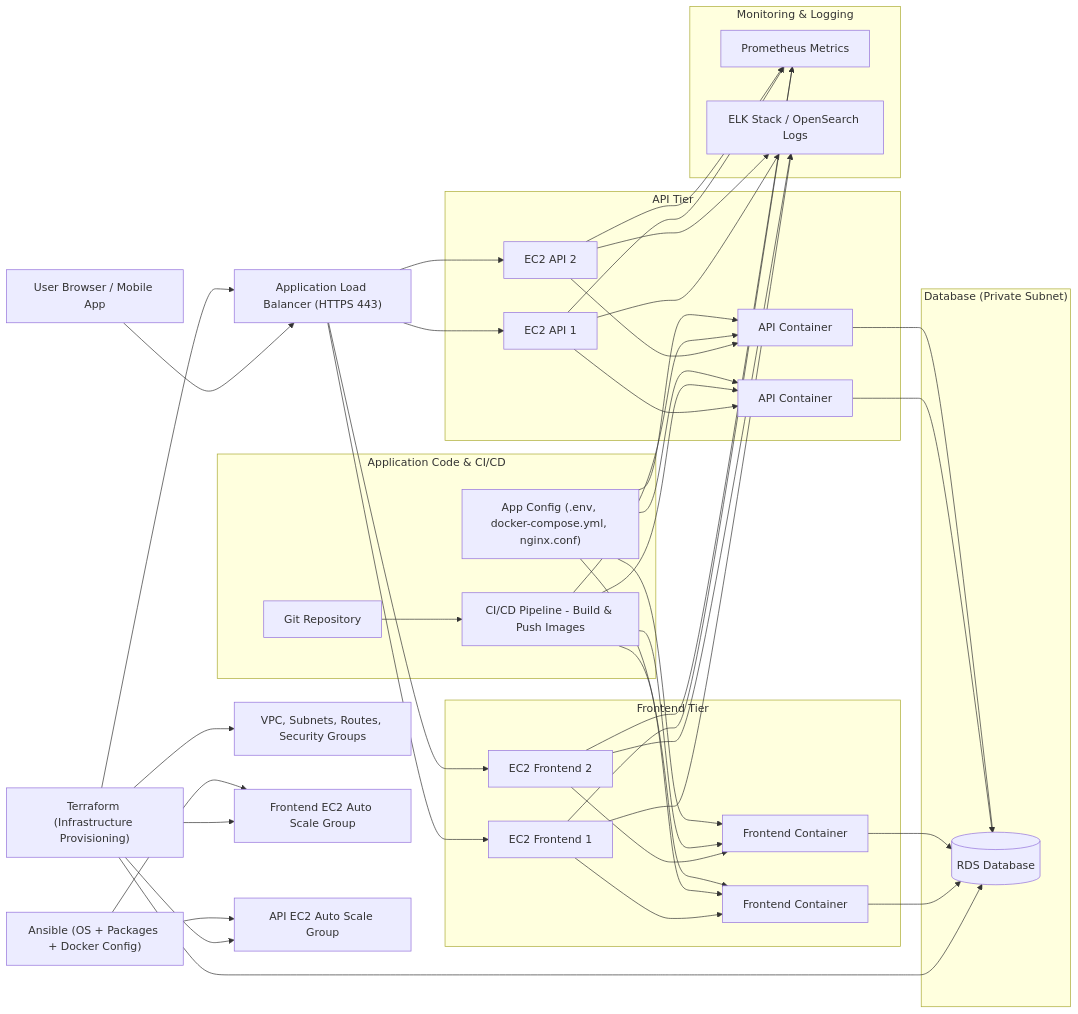
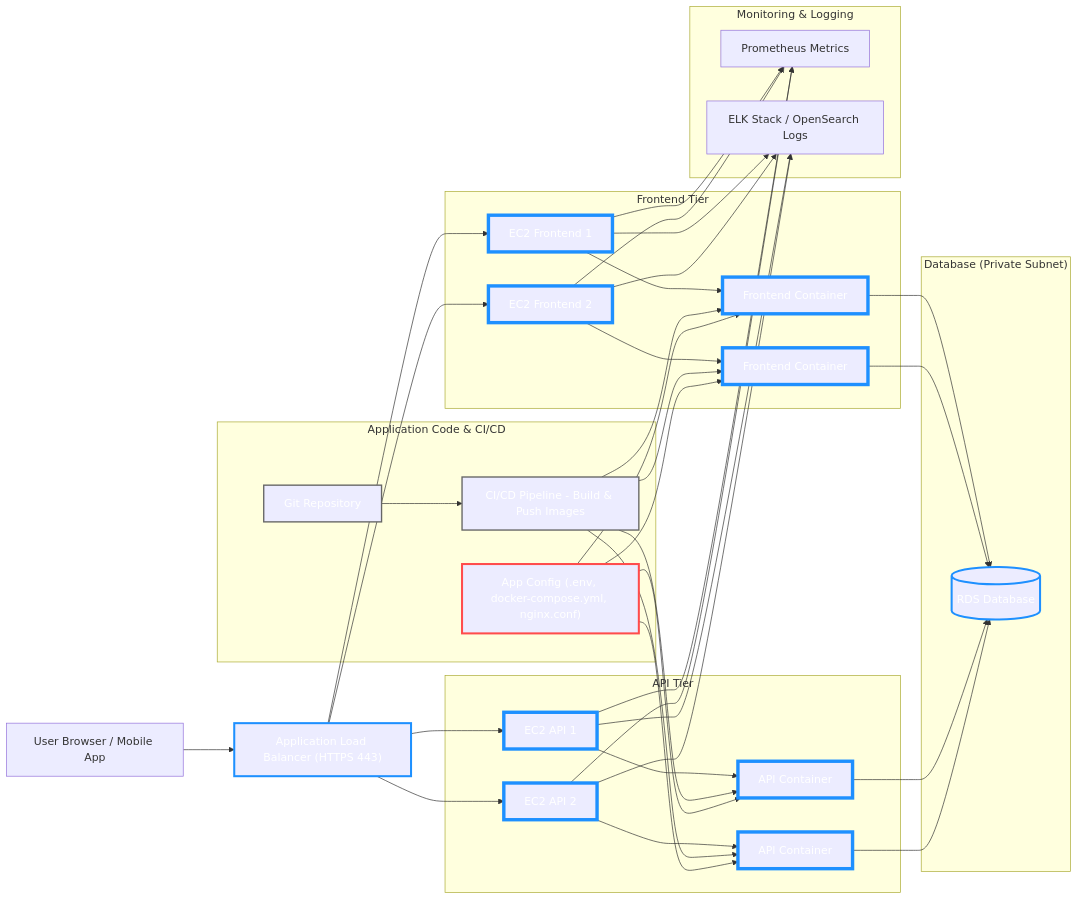
One commit to uploadtigris/project_CloudChef changed the diagram in README.md. Above: the diagram before and after it, drawn with Mermaid.

Commit message:
Refactor Mermaid diagram comments for clarity

````diff
--- a/README.md
+++ b/README.md
@@ -44,33 +44,14 @@
 ```mermaid
 graph LR
 
-    %% ─────────────────────────────────────
+    %% ============================================================
     %% Client Layer
-    %% ─────────────────────────────────────
+    %% ============================================================
     Client[User Browser / Mobile App] --> ALB["Application Load Balancer (HTTPS 443)"]
 
-    %% ─────────────────────────────────────
-    %% Terraform Layer (Infra Provisioning)
-    %% ─────────────────────────────────────
-    Terraform["Terraform (Infrastructure Provisioning)"]
-
-    Terraform --> ALB
-    Terraform --> VPC[VPC, Subnets, Routes, Security Groups]
-    Terraform --> RDS[(RDS Database)]
-    Terraform --> FTG["Frontend EC2 Auto Scale Group"]
-    Terraform --> APITG["API EC2 Auto Scale Group"]
-
-    %% ─────────────────────────────────────
-    %% Ansible Layer (Host Configuration)
-    %% ─────────────────────────────────────
-    Ansible["Ansible (OS + Packages + Docker Config)"]
-
-    Ansible --> FTG
-    Ansible --> APITG
-
-    %% ─────────────────────────────────────
-    %% Frontend Tier
-    %% ─────────────────────────────────────
+    %% ============================================================
+    %% Frontend Tier (Terraform + Ansible)
+    %% ============================================================
     subgraph "Frontend Tier"
         FTG1[EC2 Frontend 1]
         FTG2[EC2 Frontend 2]
@@ -84,9 +65,9 @@
     FTG1 --> Web1
     FTG2 --> Web2
 
-    %% ─────────────────────────────────────
-    %% API Tier
-    %% ─────────────────────────────────────
+    %% ============================================================
+    %% API Tier (Terraform + Ansible)
+    %% ============================================================
     subgraph "API Tier"
         APITG1[EC2 API 1]
         APITG2[EC2 API 2]
@@ -100,11 +81,11 @@
     APITG1 --> API1
     APITG2 --> API2
 
-    %% ─────────────────────────────────────
-    %% Database Tier
-    %% ─────────────────────────────────────
+    %% ============================================================
+    %% Database (Terraform Only)
+    %% ============================================================
     subgraph "Database (Private Subnet)"
-        RDS
+        RDS[(RDS Database)]
     end
 
     Web1 --> RDS
@@ -112,9 +93,9 @@
     API1 --> RDS
     API2 --> RDS
 
-    %% ─────────────────────────────────────
-    %% CICD Layer (App Build & Deployment)
-    %% ─────────────────────────────────────
+    %% ============================================================
+    %% CICD Layer (App Deployment Only)
+    %% ============================================================
     subgraph "Application Code & CI/CD"
         Git[Git Repository]
         Pipeline[CI/CD Pipeline - Build & Push Images]
@@ -132,9 +113,9 @@
     AppConfig --> API1
     AppConfig --> API2
 
-    %% ─────────────────────────────────────
+    %% ============================================================
     %% Monitoring Layer
-    %% ─────────────────────────────────────
+    %% ============================================================
     subgraph "Monitoring & Logging"
         Prometheus[Prometheus Metrics]
         ELK[ELK Stack / OpenSearch Logs]
@@ -149,4 +130,38 @@
     FTG2 --> ELK
     APITG1 --> ELK
     APITG2 --> ELK
+
+
+    %% ============================================================
+    %% CLASS ASSIGNMENTS
+    %% ============================================================
+
+    %% Terraform Only
+    class ALB,VPC,RDS terraform;
+
+    %% Ansible Only
+    class AppConfig ansible;
+
+    %% Terraform + Ansible (dual outline)
+    class FTG1,FTG2,APITG1,APITG2,Web1,Web2,API1,API2 dual;
+
+    %% CI/CD (neutral)
+    class Git,Pipeline neutral;
+
+
+    %% ============================================================
+    %% COLOR DEFINITIONS
+    %% ============================================================
+
+    %% Blue border = Terraform
+    classDef terraform stroke:#1E90FF,stroke-width:3px,color:#fff;
+
+    %% Red border = Ansible
+    classDef ansible stroke:#FF4C4C,stroke-width:3px,color:#fff;
+
+    %% Dual border = Terraform outer, Ansible inner
+    classDef dual stroke:#1E90FF,stroke-width:5px,color:#fff;
+
+    %% Neutral gray
+    classDef neutral stroke:#666,stroke-width:2px,color:#fff;
 ```
````
